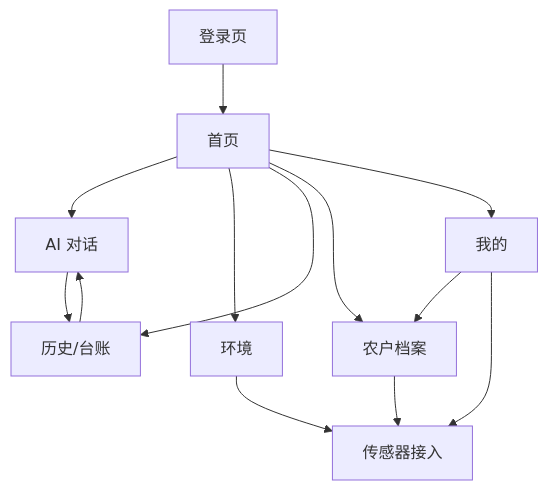
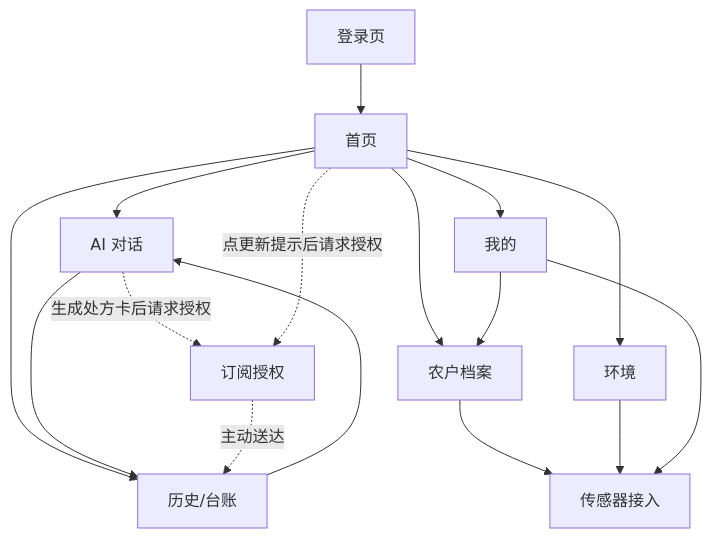
One commit to AI123-cmd/agriculuture-agent changed the sixth of 6 diagrams in docs/话农点金_产品说明书_v2.0.md. Above: the diagram before and after it, drawn with Mermaid. The commit also changed other lines of this file, not shown here.

````diff
--- a/docs/话农点金_产品说明书_v2.0.md
+++ b/docs/话农点金_产品说明书_v2.0.md
@@ -807,15 +911,18 @@
 ```mermaid
 flowchart TB
     L[登录页] --> H[首页]
     H --> A[AI 对话]
     H --> E[环境]
     H --> R[历史/台账]
     H --> P[农户档案]
     H --> ME[我的]
     P --> S[传感器接入]
     E --> S
     A --> R
     R --> A
     ME --> P
     ME --> S
+    A -.生成处方卡后请求授权.-> SUB[订阅授权]
+    H -.点更新提示后请求授权.-> SUB
+    SUB -.主动送达.-> R
 ```
````
